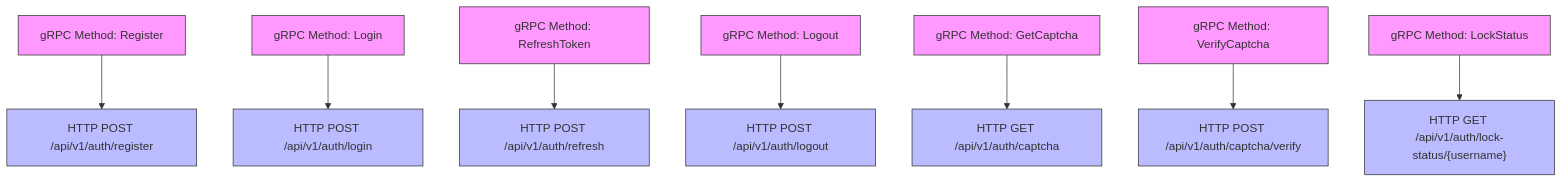
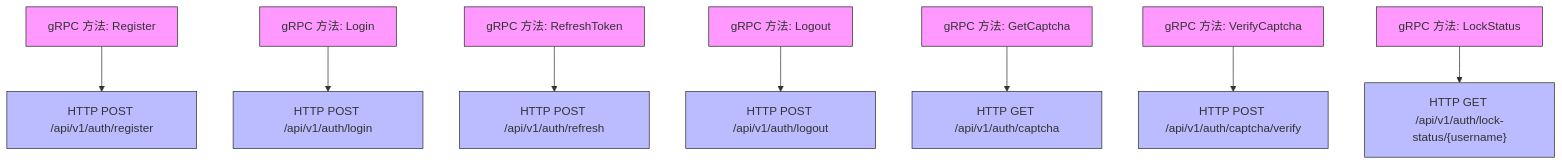
Before and after one commit to 26huitailang/kratos-boilerplate: the first of 5 diagrams in .qoder/repowiki/zh/content/API Reference/Authentication API/Authentication API.md, drawn with Mermaid. The commit also changed other lines of this file and 31 other files, not shown here.

````diff
--- a/.qoder/repowiki/zh/content/API Reference/Authentication API/Authentication API.md
+++ b/.qoder/repowiki/zh/content/API Reference/Authentication API/Authentication API.md
@@ -216,38 +216,38 @@
 ```mermaid
 flowchart TD
-A["gRPC Method: Register"] --> B["HTTP POST /api/v1/auth/register"]
-C["gRPC Method: Login"] --> D["HTTP POST /api/v1/auth/login"]
-E["gRPC Method: RefreshToken"] --> F["HTTP POST /api/v1/auth/refresh"]
-G["gRPC Method: Logout"] --> H["HTTP POST /api/v1/auth/logout"]
-I["gRPC Method: GetCaptcha"] --> J["HTTP GET /api/v1/auth/captcha"]
-K["gRPC Method: VerifyCaptcha"] --> L["HTTP POST /api/v1/auth/captcha/verify"]
-M["gRPC Method: LockStatus"] --> N["HTTP GET /api/v1/auth/lock-status/{username}"]
+A["gRPC 方法: Register"] --> B["HTTP POST /api/v1/auth/register"]
+C["gRPC 方法: Login"] --> D["HTTP POST /api/v1/auth/login"]
+E["gRPC 方法: RefreshToken"] --> F["HTTP POST /api/v1/auth/refresh"]
+G["gRPC 方法: Logout"] --> H["HTTP POST /api/v1/auth/logout"]
+I["gRPC 方法: GetCaptcha"] --> J["HTTP GET /api/v1/auth/captcha"]
+K["gRPC 方法: VerifyCaptcha"] --> L["HTTP POST /api/v1/auth/captcha/verify"]
+M["gRPC 方法: LockStatus"] --> N["HTTP GET /api/v1/auth/lock-status/{username}"]
 style A fill:#f9f,stroke:#333
 style B fill:#bbf,stroke:#333
 style C fill:#f9f,stroke:#333
 style D fill:#bbf,stroke:#333
 style E fill:#f9f,stroke:#333
 style F fill:#bbf,stroke:#333
 style G fill:#f9f,stroke:#333
 style H fill:#bbf,stroke:#333
 style I fill:#f9f,stroke:#333
 style J fill:#bbf,stroke:#333
 style K fill:#f9f,stroke:#333
 style L fill:#bbf,stroke:#333
 style M fill:#f9f,stroke:#333
 style N fill:#bbf,stroke:#333
-click A "#authentication-api-endpoints"
-click B "#authentication-api-endpoints"
-click C "#authentication-api-endpoints"
-click D "#authentication-api-endpoints"
-click E "#authentication-api-endpoints"
-click F "#authentication-api-endpoints"
-click G "#authentication-api-endpoints"
-click H "#authentication-api-endpoints"
-click I "#authentication-api-endpoints"
-click J "#authentication-api-endpoints"
-click K "#authentication-api-endpoints"
-click L "#authentication-api-endpoints"
-click M "#authentication-api-endpoints"
-click N "#authentication-api-endpoints"
+click A "#认证api端点"
+click B "#认证api端点"
+click C "#认证api端点"
+click D "#认证api端点"
+click E "#认证api端点"
+click F "#认证api端点"
+click G "#认证api端点"
+click H "#认证api端点"
+click I "#认证api端点"
+click J "#认证api端点"
+click K "#认证api端点"
+click L "#认证api端点"
+click M "#认证api端点"
+click N "#认证api端点"
 ```
````
